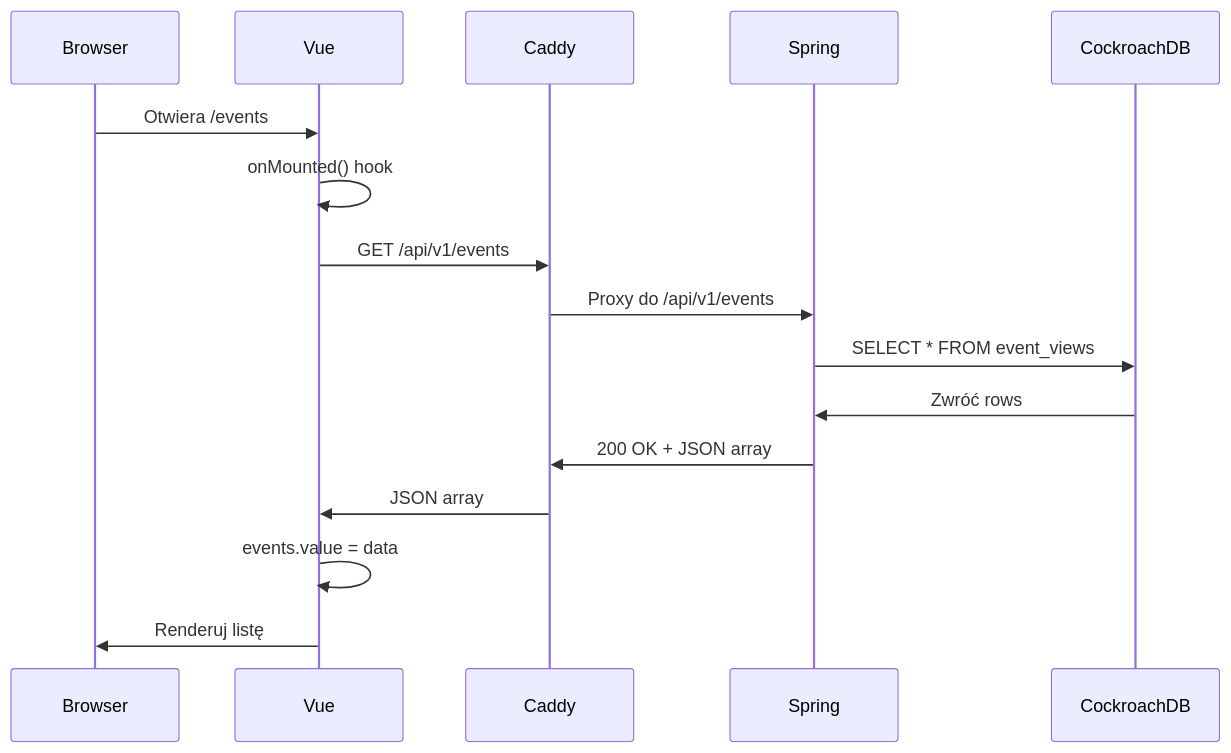
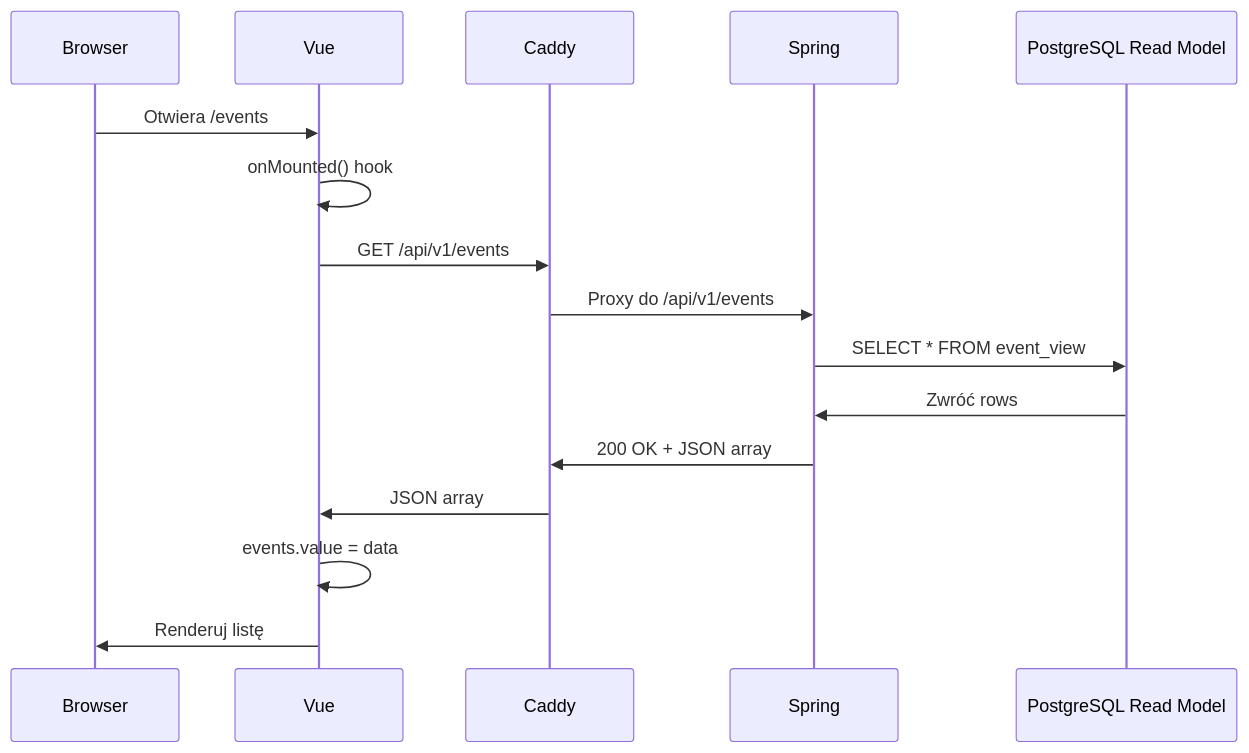
One commit to luksus-pfsw/nuxt-learn changed the seventh of 15 diagrams in ARCHITEKTURA_SZCZEGOLOWA.md. Above: the diagram before and after it, drawn with Mermaid. The commit also changed other lines of this file and 10 other files, not shown here.

````diff
--- a/ARCHITEKTURA_SZCZEGOLOWA.md
+++ b/ARCHITEKTURA_SZCZEGOLOWA.md
@@ -1386,19 +1444,19 @@
 ```mermaid
 sequenceDiagram
     participant Browser
     participant Vue
     participant Caddy
     participant Spring
-    participant CockroachDB
+    participant ReadDB as PostgreSQL Read Model
     
     Browser->>Vue: Otwiera /events
     Vue->>Vue: onMounted() hook
     Vue->>Caddy: GET /api/v1/events
     Caddy->>Spring: Proxy do /api/v1/events
-    Spring->>CockroachDB: SELECT * FROM event_views
-    CockroachDB->>Spring: Zwróć rows
+    Spring->>ReadDB: SELECT * FROM event_view
+    ReadDB->>Spring: Zwróć rows
     Spring->>Caddy: 200 OK + JSON array
     Caddy->>Vue: JSON array
     Vue->>Vue: events.value = data
     Vue->>Browser: Renderuj listę
 ```
````
